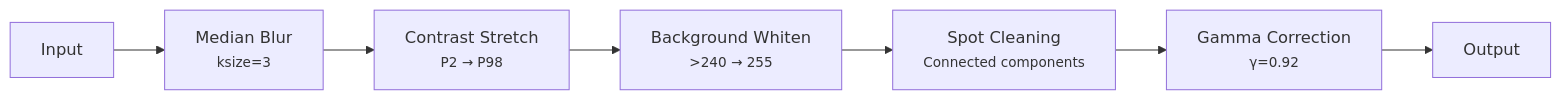
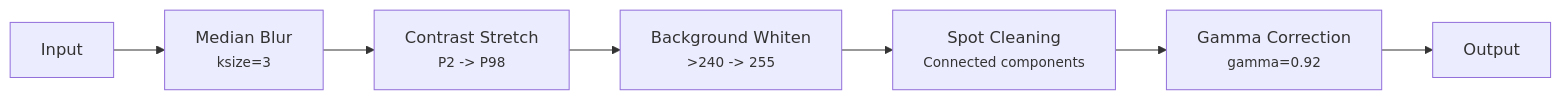
The third of 4 diagrams in docs/PIPELINE.md (JeanLouisParent/Nasa-Transcript-Processor), drawn with Mermaid before and after one commit. The commit also changed other lines of this file and 7 other files, not shown here.

````diff
--- a/docs/PIPELINE.md
+++ b/docs/PIPELINE.md
@@ -119,9 +119,9 @@
 ```mermaid
 flowchart LR
     A[Input] --> B["Median Blur<br/><small>ksize=3</small>"]
-    B --> C["Contrast Stretch<br/><small>P2 → P98</small>"]
-    C --> D["Background Whiten<br/><small>>240 → 255</small>"]
+    B --> C["Contrast Stretch<br/><small>P2 -> P98</small>"]
+    C --> D["Background Whiten<br/><small>>240 -> 255</small>"]
     D --> E["Spot Cleaning<br/><small>Connected components</small>"]
-    E --> F["Gamma Correction<br/><small>γ=0.92</small>"]
+    E --> F["Gamma Correction<br/><small>gamma=0.92</small>"]
     F --> G[Output]
 ```
````
